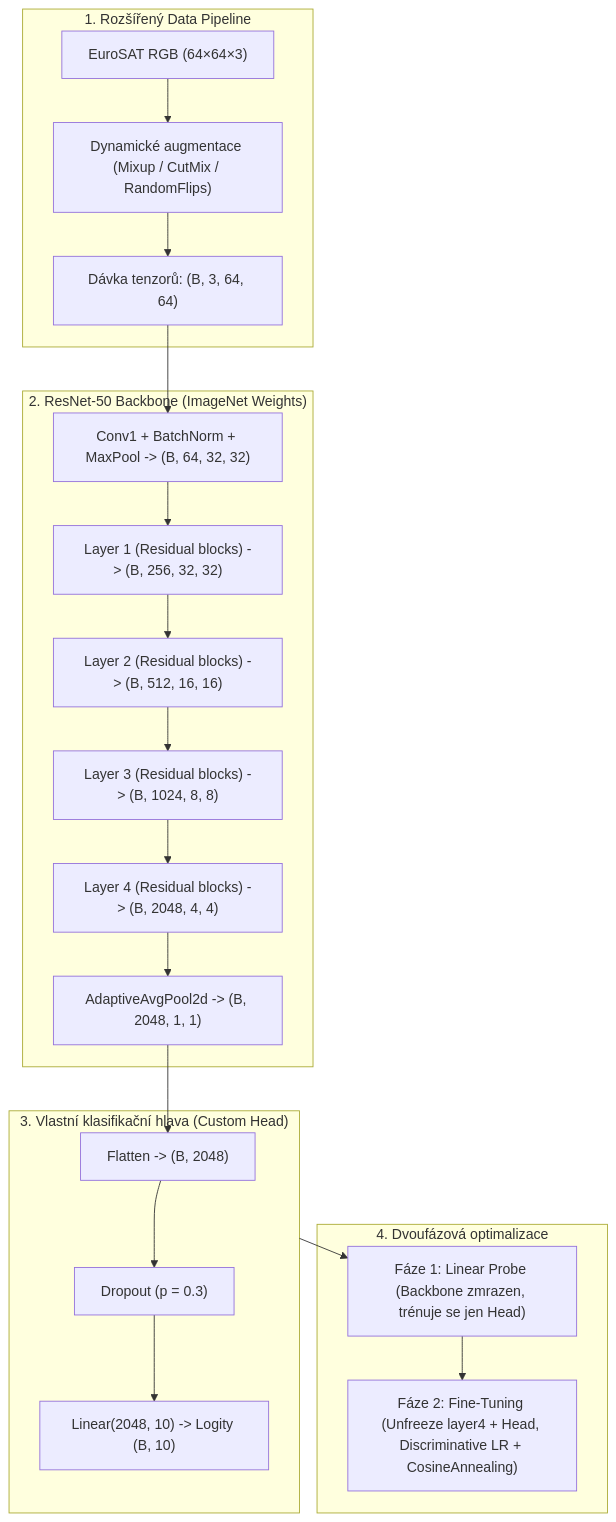
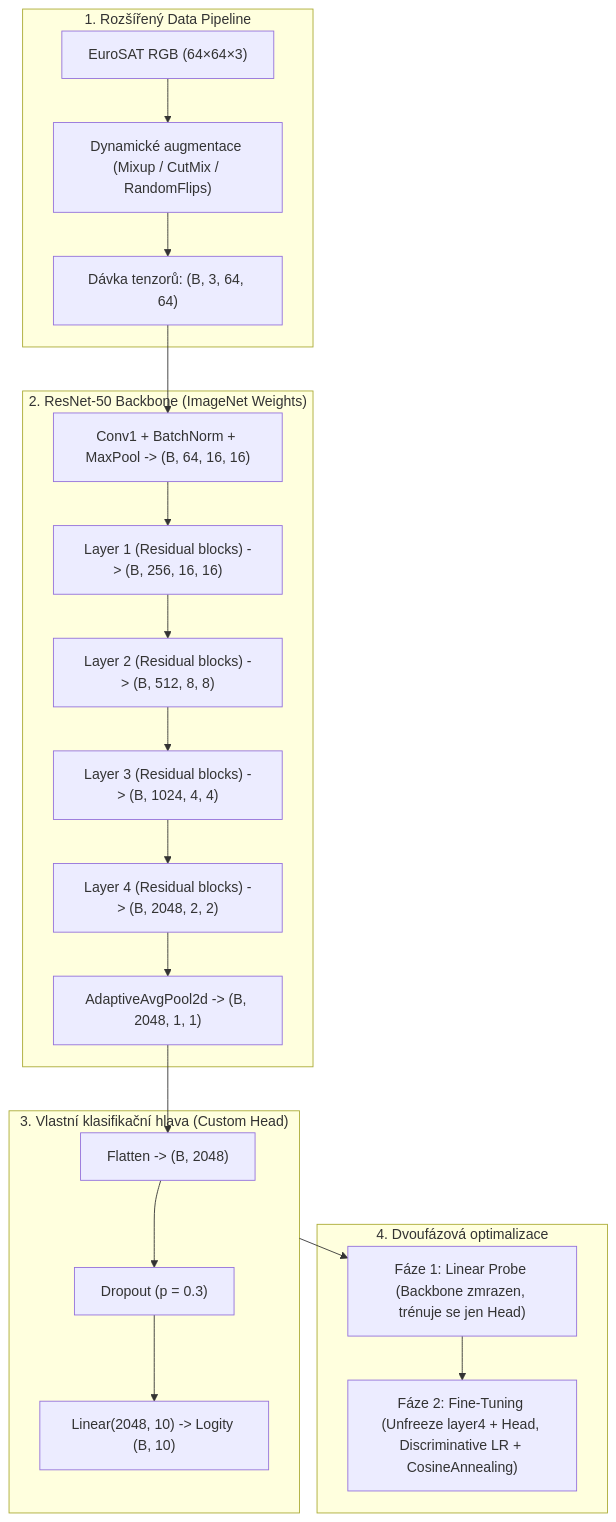
One commit to tomaskirnig/ML changed the diagram in Milestone_2/ROADMAP.md. Above: the diagram before and after it, drawn with Mermaid. The commit also changed other lines of this file and 6 other files, not shown here.

````diff
--- a/Milestone_2/ROADMAP.md
+++ b/Milestone_2/ROADMAP.md
@@ -27,30 +27,30 @@
 ```mermaid
 flowchart TD
     subgraph DataPipeline ["1. Rozšířený Data Pipeline"]
         IMG["EuroSAT RGB (64×64×3)"] --> AUG["Dynamické augmentace (Mixup / CutMix / RandomFlips)"]
         AUG --> BATCH["Dávka tenzorů: (B, 3, 64, 64)"]
     end
 
     subgraph Backbone ["2. ResNet-50 Backbone (ImageNet Weights)"]
-        BATCH --> STEM["Conv1 + BatchNorm + MaxPool -> (B, 64, 32, 32)"]
-        STEM --> L1["Layer 1 (Residual blocks) -> (B, 256, 32, 32)"]
-        L1 --> L2["Layer 2 (Residual blocks) -> (B, 512, 16, 16)"]
-        L2 --> L3["Layer 3 (Residual blocks) -> (B, 1024, 8, 8)"]
-        L3 --> L4["Layer 4 (Residual blocks) -> (B, 2048, 4, 4)"]
+        BATCH --> STEM["Conv1 + BatchNorm + MaxPool -> (B, 64, 16, 16)"]
+        STEM --> L1["Layer 1 (Residual blocks) -> (B, 256, 16, 16)"]
+        L1 --> L2["Layer 2 (Residual blocks) -> (B, 512, 8, 8)"]
+        L2 --> L3["Layer 3 (Residual blocks) -> (B, 1024, 4, 4)"]
+        L3 --> L4["Layer 4 (Residual blocks) -> (B, 2048, 2, 2)"]
         L4 --> GAP["AdaptiveAvgPool2d -> (B, 2048, 1, 1)"]
     end
 
     subgraph Head ["3. Vlastní klasifikační hlava (Custom Head)"]
         GAP --> FLAT["Flatten -> (B, 2048)"]
         FLAT --> DROP["Dropout (p = 0.3)"]
         DROP --> FC["Linear(2048, 10) -> Logity (B, 10)"]
     end
 
     subgraph TrainingStrategy ["4. Dvoufázová optimalizace"]
         P1["Fáze 1: Linear Probe (Backbone zmrazen, trénuje se jen Head)"]
         P2["Fáze 2: Fine-Tuning (Unfreeze layer4 + Head, Discriminative LR + CosineAnnealing)"]
     end
 
     Head --> P1
     P1 --> P2
 ```
````
